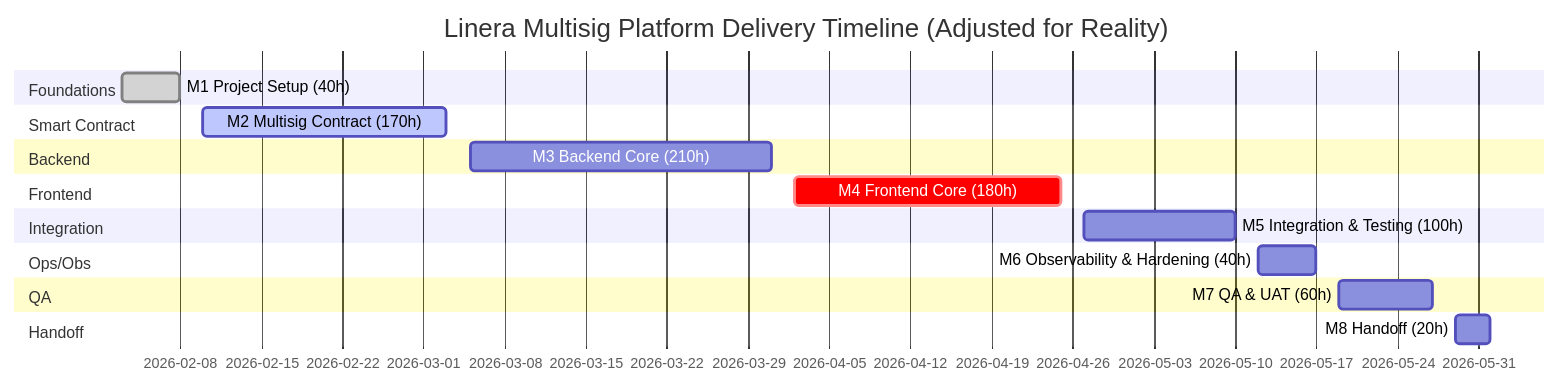
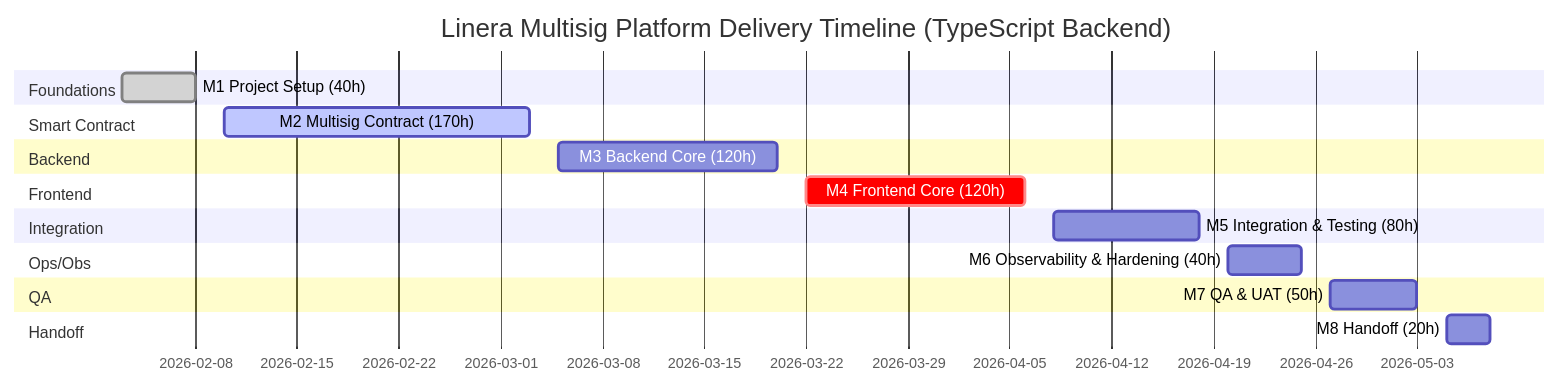
The third of 3 diagrams in docs/PROPOSAL/linera-multisig-platform-proposal.md (keyper-labs/linera.dev), drawn with Mermaid before and after one commit. The commit also changed other lines of this file and 4 other files, not shown here.

First line of the commit message:
docs: switch architecture to TypeScript backend with @linera/client SDK

````diff
--- a/docs/PROPOSAL/linera-multisig-platform-proposal.md
+++ b/docs/PROPOSAL/linera-multisig-platform-proposal.md
@@ -395,29 +420,29 @@
 ```mermaid
 gantt
     dateFormat YYYY-MM-DD
-    title Linera Multisig Platform Delivery Timeline (Adjusted for Reality)
+    title Linera Multisig Platform Delivery Timeline (TypeScript Backend)
 
     section Foundations
     M1 Project Setup (40h)           :done,    m1, 2026-02-03, 5d
 
     section Smart Contract
     M2 Multisig Contract (170h)      :active,  m2, 2026-02-10, 21d
 
     section Backend
-    M3 Backend Core (210h)           :         m3, 2026-03-05, 26d
+    M3 Backend Core (120h)           :         m3, 2026-03-05, 15d
 
     section Frontend
-    M4 Frontend Core (180h)          :crit,    m4, 2026-04-02, 23d
+    M4 Frontend Core (120h)          :crit,    m4, 2026-03-22, 15d
 
     section Integration
-    M5 Integration & Testing (100h)   :         m5, 2026-04-27, 13d
+    M5 Integration & Testing (80h)    :         m5, 2026-04-08, 10d
 
     section Ops/Obs
-    M6 Observability & Hardening (40h) :        m6, 2026-05-12, 5d
+    M6 Observability & Hardening (40h) :        m6, 2026-04-20, 5d
 
     section QA
-    M7 QA & UAT (60h)                :         m7, 2026-05-19, 8d
+    M7 QA & UAT (50h)                :         m7, 2026-04-27, 6d
 
     section Handoff
-    M8 Handoff (20h)                 :         m8, 2026-05-29, 3d
+    M8 Handoff (20h)                 :         m8, 2026-05-05, 3d
 ```
````
